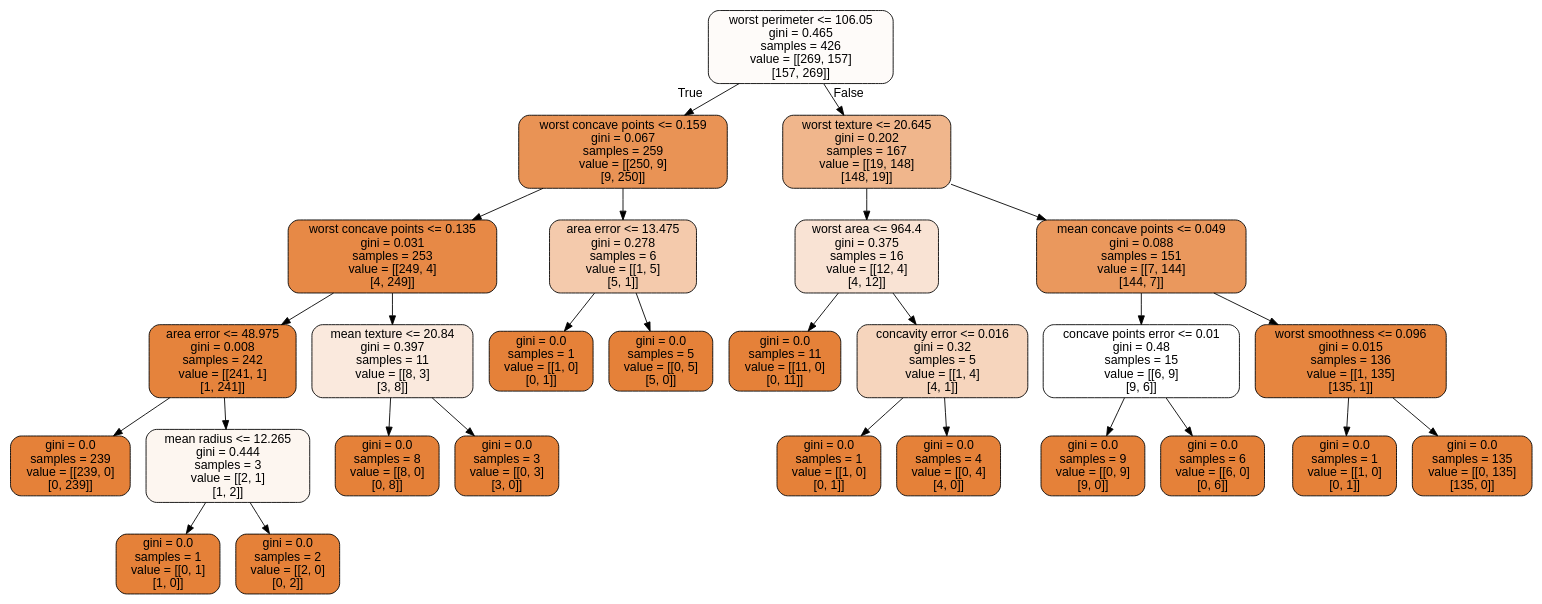
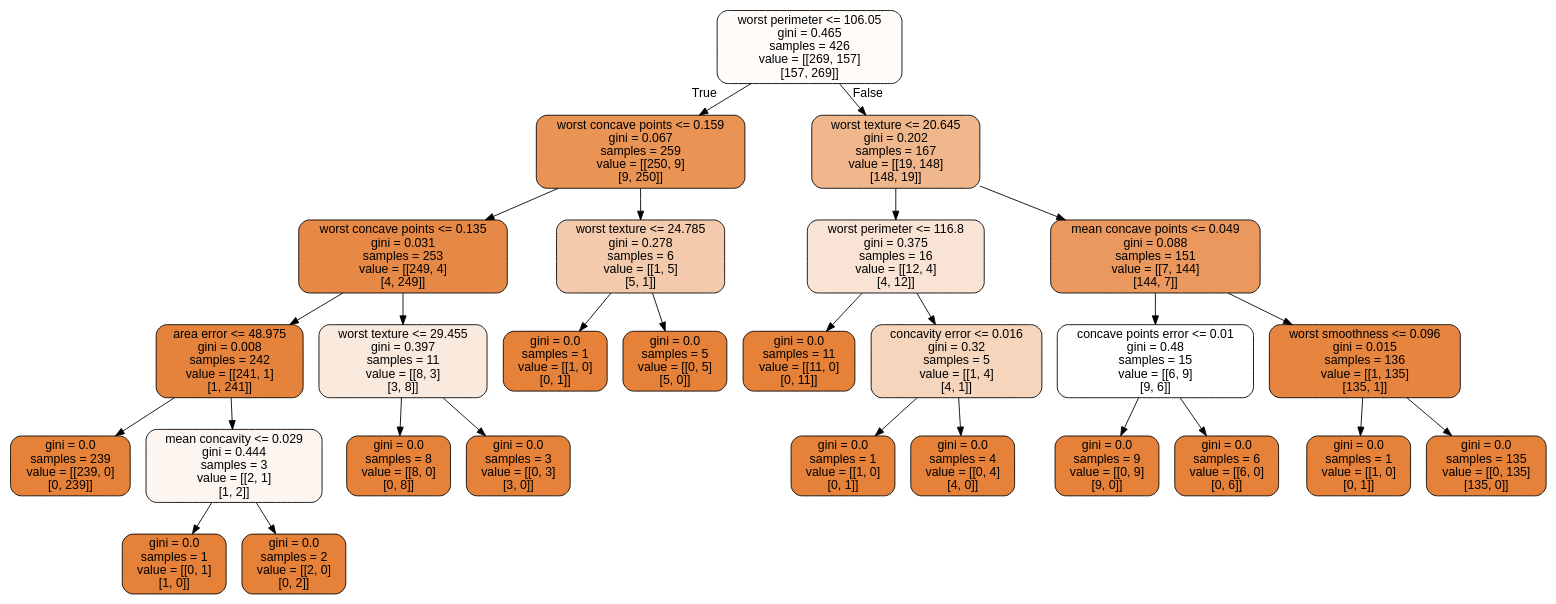
The diagram in doc/LectureNotes/DataFiles/cancer.dot (CompPhysics/MachineLearning), drawn with Graphviz before and after one commit. The commit also changed 129 other files, not shown here.

```diff
--- a/doc/LectureNotes/DataFiles/cancer.dot
+++ b/doc/LectureNotes/DataFiles/cancer.dot
@@ -1,57 +1,57 @@
 digraph Tree {
 node [shape=box, style="filled, rounded", color="black", fontname="helvetica"] ;
 edge [fontname="helvetica"] ;
 0 [label="worst perimeter <= 106.05\ngini = 0.465\nsamples = 426\nvalue = [[269, 157]\n[157, 269]]", fillcolor="#fefbf9"] ;
 1 [label="worst concave points <= 0.159\ngini = 0.067\nsamples = 259\nvalue = [[250, 9]\n[9, 250]]", fillcolor="#e99355"] ;
 0 -> 1 [labeldistance=2.5, labelangle=45, headlabel="True"] ;
 2 [label="worst concave points <= 0.135\ngini = 0.031\nsamples = 253\nvalue = [[249, 4]\n[4, 249]]", fillcolor="#e78946"] ;
 1 -> 2 ;
 3 [label="area error <= 48.975\ngini = 0.008\nsamples = 242\nvalue = [[241, 1]\n[1, 241]]", fillcolor="#e5833c"] ;
 2 -> 3 ;
 4 [label="gini = 0.0\nsamples = 239\nvalue = [[239, 0]\n[0, 239]]", fillcolor="#e58139"] ;
 3 -> 4 ;
-5 [label="mean radius <= 12.265\ngini = 0.444\nsamples = 3\nvalue = [[2, 1]\n[1, 2]]", fillcolor="#fdf6f0"] ;
+5 [label="mean concavity <= 0.029\ngini = 0.444\nsamples = 3\nvalue = [[2, 1]\n[1, 2]]", fillcolor="#fdf6f0"] ;
 3 -> 5 ;
 6 [label="gini = 0.0\nsamples = 1\nvalue = [[0, 1]\n[1, 0]]", fillcolor="#e58139"] ;
 5 -> 6 ;
 7 [label="gini = 0.0\nsamples = 2\nvalue = [[2, 0]\n[0, 2]]", fillcolor="#e58139"] ;
 5 -> 7 ;
-8 [label="mean texture <= 20.84\ngini = 0.397\nsamples = 11\nvalue = [[8, 3]\n[3, 8]]", fillcolor="#fae9dd"] ;
+8 [label="worst texture <= 29.455\ngini = 0.397\nsamples = 11\nvalue = [[8, 3]\n[3, 8]]", fillcolor="#fae9dd"] ;
 2 -> 8 ;
 9 [label="gini = 0.0\nsamples = 8\nvalue = [[8, 0]\n[0, 8]]", fillcolor="#e58139"] ;
 8 -> 9 ;
 10 [label="gini = 0.0\nsamples = 3\nvalue = [[0, 3]\n[3, 0]]", fillcolor="#e58139"] ;
 8 -> 10 ;
-11 [label="area error <= 13.475\ngini = 0.278\nsamples = 6\nvalue = [[1, 5]\n[5, 1]]", fillcolor="#f4caac"] ;
+11 [label="worst texture <= 24.785\ngini = 0.278\nsamples = 6\nvalue = [[1, 5]\n[5, 1]]", fillcolor="#f4caac"] ;
 1 -> 11 ;
 12 [label="gini = 0.0\nsamples = 1\nvalue = [[1, 0]\n[0, 1]]", fillcolor="#e58139"] ;
 11 -> 12 ;
 13 [label="gini = 0.0\nsamples = 5\nvalue = [[0, 5]\n[5, 0]]", fillcolor="#e58139"] ;
 11 -> 13 ;
 14 [label="worst texture <= 20.645\ngini = 0.202\nsamples = 167\nvalue = [[19, 148]\n[148, 19]]", fillcolor="#f0b68c"] ;
 0 -> 14 [labeldistance=2.5, labelangle=-45, headlabel="False"] ;
-15 [label="worst area <= 964.4\ngini = 0.375\nsamples = 16\nvalue = [[12, 4]\n[4, 12]]", fillcolor="#f9e3d4"] ;
+15 [label="worst perimeter <= 116.8\ngini = 0.375\nsamples = 16\nvalue = [[12, 4]\n[4, 12]]", fillcolor="#f9e3d4"] ;
 14 -> 15 ;
 16 [label="gini = 0.0\nsamples = 11\nvalue = [[11, 0]\n[0, 11]]", fillcolor="#e58139"] ;
 15 -> 16 ;
 17 [label="concavity error <= 0.016\ngini = 0.32\nsamples = 5\nvalue = [[1, 4]\n[4, 1]]", fillcolor="#f6d5bd"] ;
 15 -> 17 ;
 18 [label="gini = 0.0\nsamples = 1\nvalue = [[1, 0]\n[0, 1]]", fillcolor="#e58139"] ;
 17 -> 18 ;
 19 [label="gini = 0.0\nsamples = 4\nvalue = [[0, 4]\n[4, 0]]", fillcolor="#e58139"] ;
 17 -> 19 ;
 20 [label="mean concave points <= 0.049\ngini = 0.088\nsamples = 151\nvalue = [[7, 144]\n[144, 7]]", fillcolor="#ea985d"] ;
 14 -> 20 ;
 21 [label="concave points error <= 0.01\ngini = 0.48\nsamples = 15\nvalue = [[6, 9]\n[9, 6]]", fillcolor="#ffffff"] ;
 20 -> 21 ;
 22 [label="gini = 0.0\nsamples = 9\nvalue = [[0, 9]\n[9, 0]]", fillcolor="#e58139"] ;
 21 -> 22 ;
 23 [label="gini = 0.0\nsamples = 6\nvalue = [[6, 0]\n[0, 6]]", fillcolor="#e58139"] ;
 21 -> 23 ;
 24 [label="worst smoothness <= 0.096\ngini = 0.015\nsamples = 136\nvalue = [[1, 135]\n[135, 1]]", fillcolor="#e6853f"] ;
 20 -> 24 ;
 25 [label="gini = 0.0\nsamples = 1\nvalue = [[1, 0]\n[0, 1]]", fillcolor="#e58139"] ;
 24 -> 25 ;
 26 [label="gini = 0.0\nsamples = 135\nvalue = [[0, 135]\n[135, 0]]", fillcolor="#e58139"] ;
 24 -> 26 ;
 }
```
